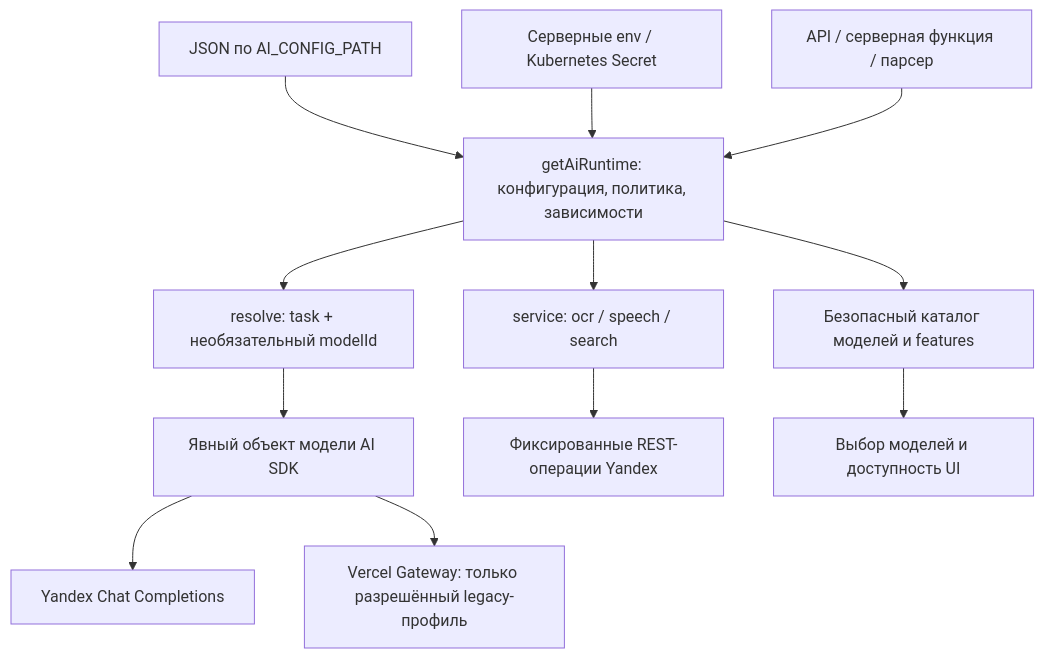
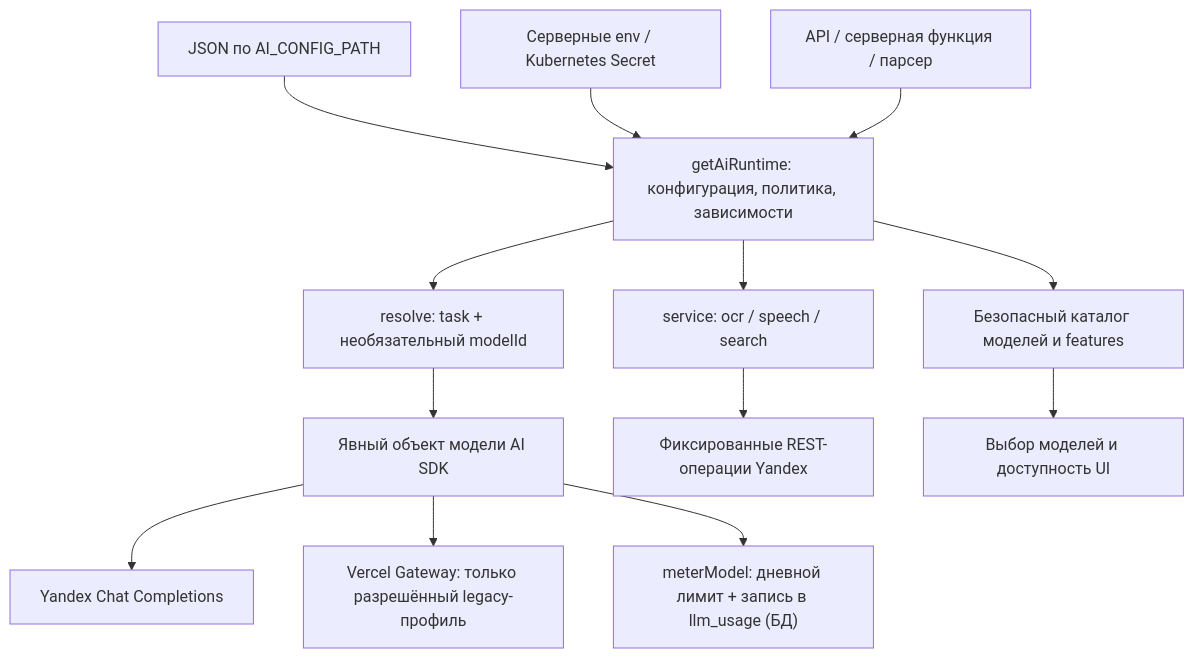
One commit to in4comgroup/salesdaily-dev changed the first of 2 diagrams in docs/ai/architecture.md. Above: the diagram before and after it, drawn with Mermaid. The commit also changed other lines of this file and 36 other files, not shown here.

````diff
--- a/docs/ai/architecture.md
+++ b/docs/ai/architecture.md
@@ -18,14 +20,15 @@
 ```mermaid
 flowchart TD
     JSON["JSON по AI_CONFIG_PATH"] --> Runtime["getAiRuntime: конфигурация, политика, зависимости"]
     Env["Серверные env / Kubernetes Secret"] --> Runtime
     API["API / серверная функция / парсер"] --> Runtime
     Runtime --> Resolve["resolve: task + необязательный modelId"]
     Resolve --> Adapter["Явный объект модели AI SDK"]
     Adapter --> Yandex["Yandex Chat Completions"]
     Adapter --> Legacy["Vercel Gateway: только разрешённый legacy-профиль"]
     Runtime --> Service["service: ocr / speech / search"]
     Service --> HTTP["Фиксированные REST-операции Yandex"]
+    Adapter --> Meter["meterModel: дневной лимит + запись в llm_usage (БД)"]
     Runtime --> Catalog["Безопасный каталог моделей и features"]
     Catalog --> UI["Выбор моделей и доступность UI"]
 ```
````
